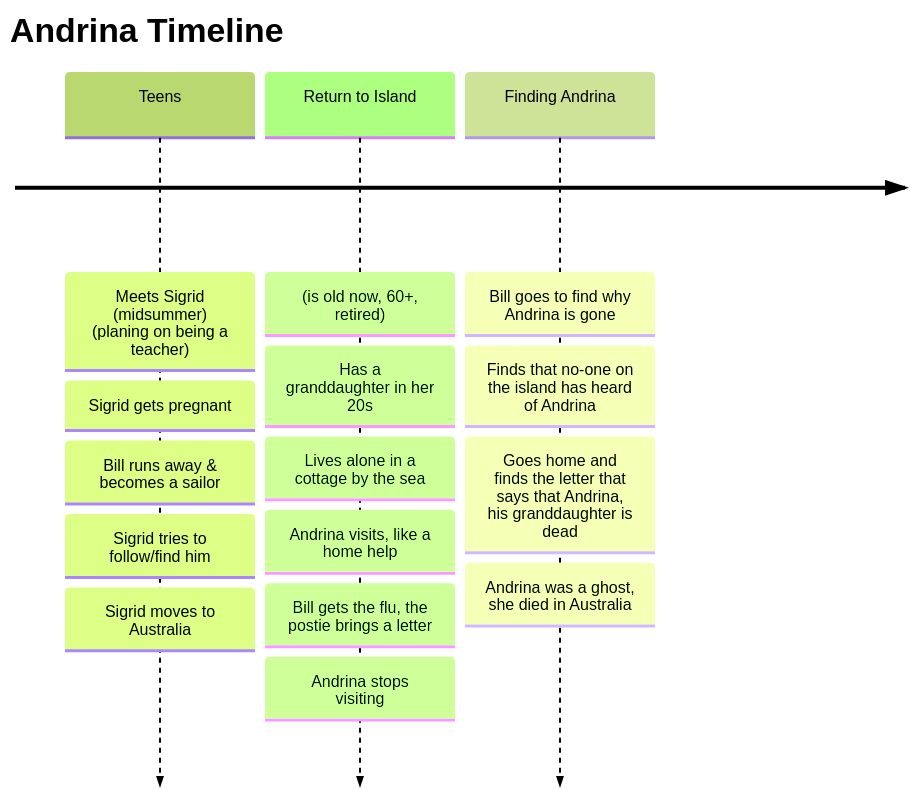
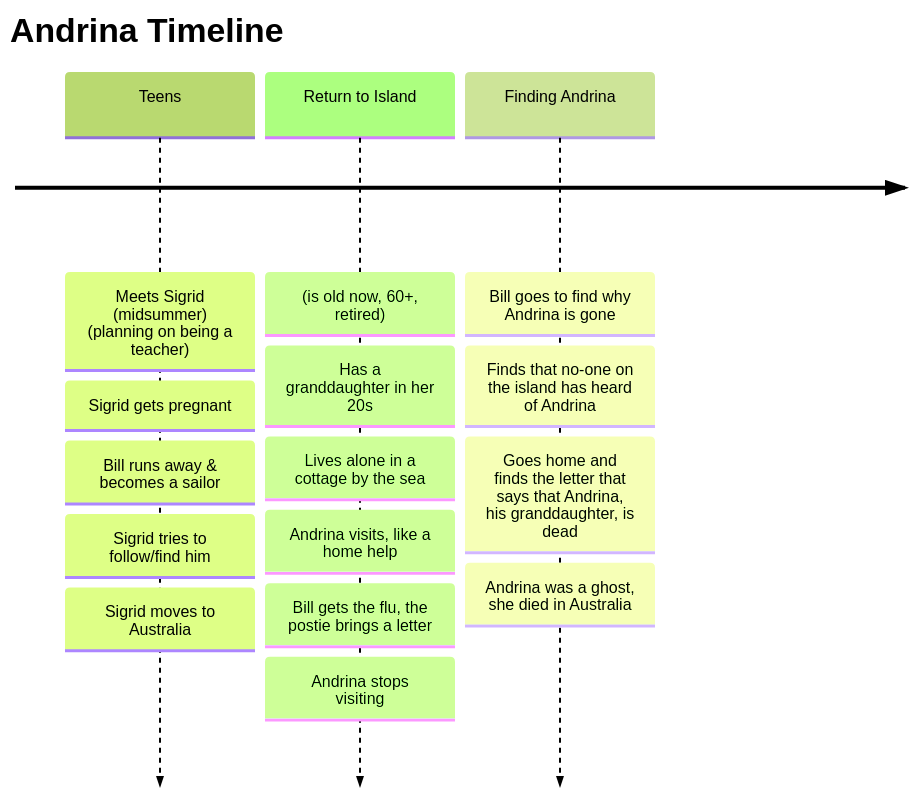
The diagram in English/Set Text/Andrina/Andrina Plot.md (Baustinlynch/notes), drawn with Mermaid before and after one commit. The commit also changed other lines of this file and 28 other files, not shown here.

````diff
--- a/English/Set Text/Andrina/Andrina Plot.md
+++ b/English/Set Text/Andrina/Andrina Plot.md
@@ -27,8 +26,8 @@
 ```mermaid
 %%{init: { 'logLevel': 'debug', 'theme': 'forest' } }%%
-		timeline
-			title Andrina Timeline
-			  Teens : Meets Sigrid (midsummer) (planing on being a teacher) : Sigrid gets pregnant : Bill runs away & becomes a sailor : Sigrid tries to follow/find him : Sigrid moves to Australia 
-			  Return to Island : (is old now, 60+, retired) : Has a granddaughter in her 20s : Lives alone in a cottage by the sea : Andrina visits, like a home help : Bill gets the flu, the postie brings a letter: Andrina stops visiting
-			  Finding Andrina : Bill goes to find why Andrina is gone : Finds that no-one on the island has heard of Andrina : Goes home and finds the letter that says that Andrina, his granddaughter is dead : Andrina was a ghost, she died in Australia
+timeline
+    title Andrina Timeline
+    Teens : Meets Sigrid (midsummer) (planning on being a teacher) : Sigrid gets pregnant : Bill runs away & becomes a sailor : Sigrid tries to follow/find him : Sigrid moves to Australia
+    Return to Island : (is old now, 60+, retired) : Has a granddaughter in her 20s : Lives alone in a cottage by the sea : Andrina visits, like a home help : Bill gets the flu, the postie brings a letter: Andrina stops visiting
+    Finding Andrina : Bill goes to find why Andrina is gone : Finds that no-one on the island has heard of Andrina : Goes home and finds the letter that says that Andrina, his granddaughter, is dead : Andrina was a ghost, she died in Australia
 ```
````
